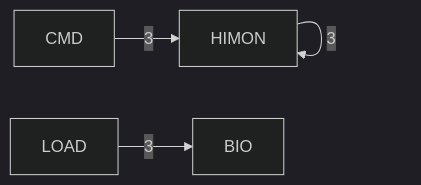
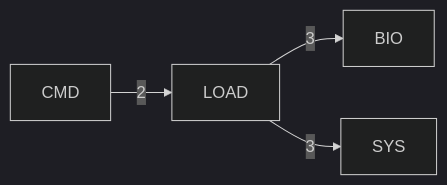
One commit to 95westus/R-YORS changed the fourth of 7 diagrams in DOC/GENERATED/ROUTINE_CLASS_DIAGRAM.md. Above: the diagram before and after it, drawn with Mermaid (dark theme). The commit also changed other lines of this file and 94 other files, not shown here.

````diff
--- a/DOC/GENERATED/ROUTINE_CLASS_DIAGRAM.md
+++ b/DOC/GENERATED/ROUTINE_CLASS_DIAGRAM.md
@@ -62,6 +62,6 @@
 ```mermaid
 flowchart LR
-    P_CMD[CMD] -->|3| P_HIMON[HIMON]
-    P_HIMON[HIMON] -->|3| P_HIMON[HIMON]
     P_LOAD[LOAD] -->|3| P_BIO[BIO]
+    P_LOAD[LOAD] -->|3| P_SYS[SYS]
+    P_CMD[CMD] -->|2| P_LOAD[LOAD]
 ```
````
